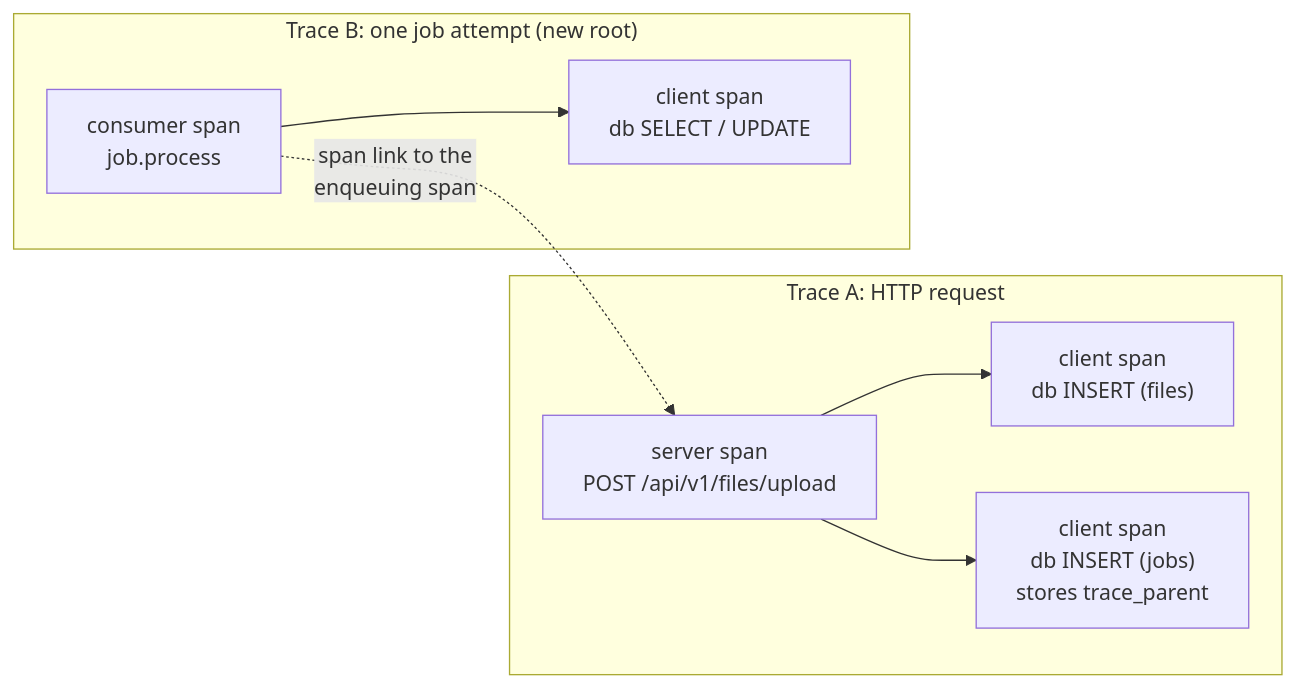
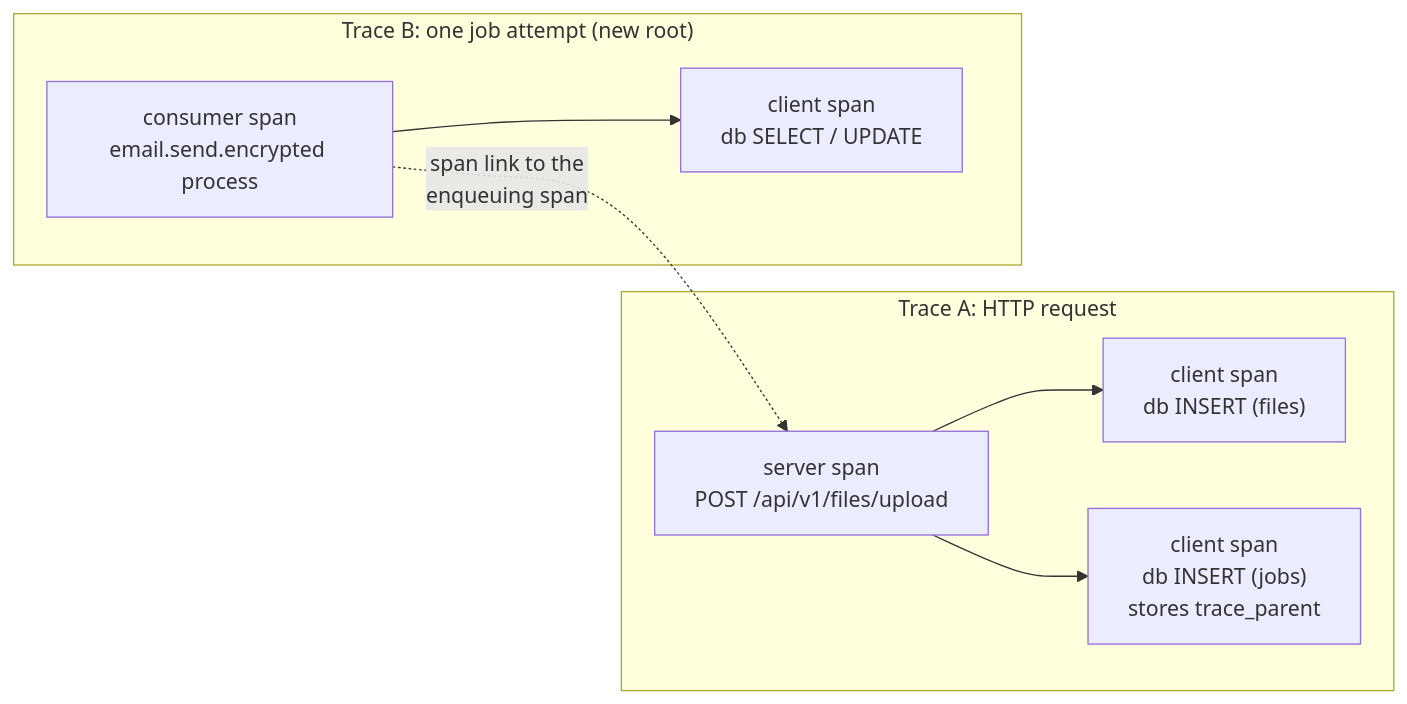
Before and after one commit to chuanghiduoc/fiber-golang-boilerplate: the first of 2 diagrams in docs/tracing.md, drawn with Mermaid. The commit also changed other lines of this file and 911 other files, not shown here.

````diff
--- a/docs/tracing.md
+++ b/docs/tracing.md
@@ -74,16 +89,16 @@
 ```mermaid
 flowchart LR
     subgraph TA["Trace A: HTTP request"]
         H["server span<br/>POST /api/v1/files/upload"]
         D1["client span<br/>db INSERT (files)"]
         D2["client span<br/>db INSERT (jobs)<br/>stores trace_parent"]
         H --> D1
         H --> D2
     end
     subgraph TB["Trace B: one job attempt (new root)"]
-        J["consumer span<br/>job.process"]
+        J["consumer span<br/>email.send.encrypted process"]
         D3["client span<br/>db SELECT / UPDATE"]
         J --> D3
     end
     J -. "span link to the<br/>enqueuing span" .-> H
 ```
````
